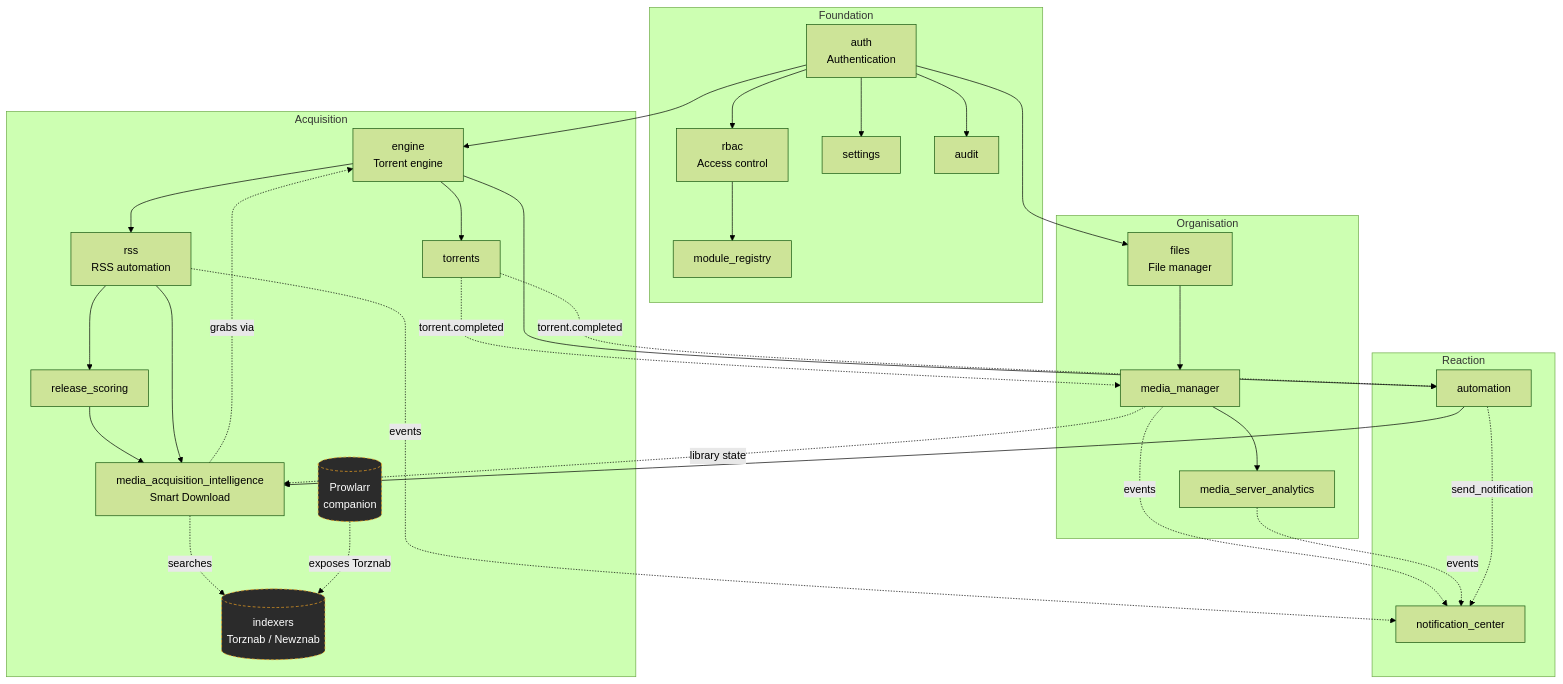
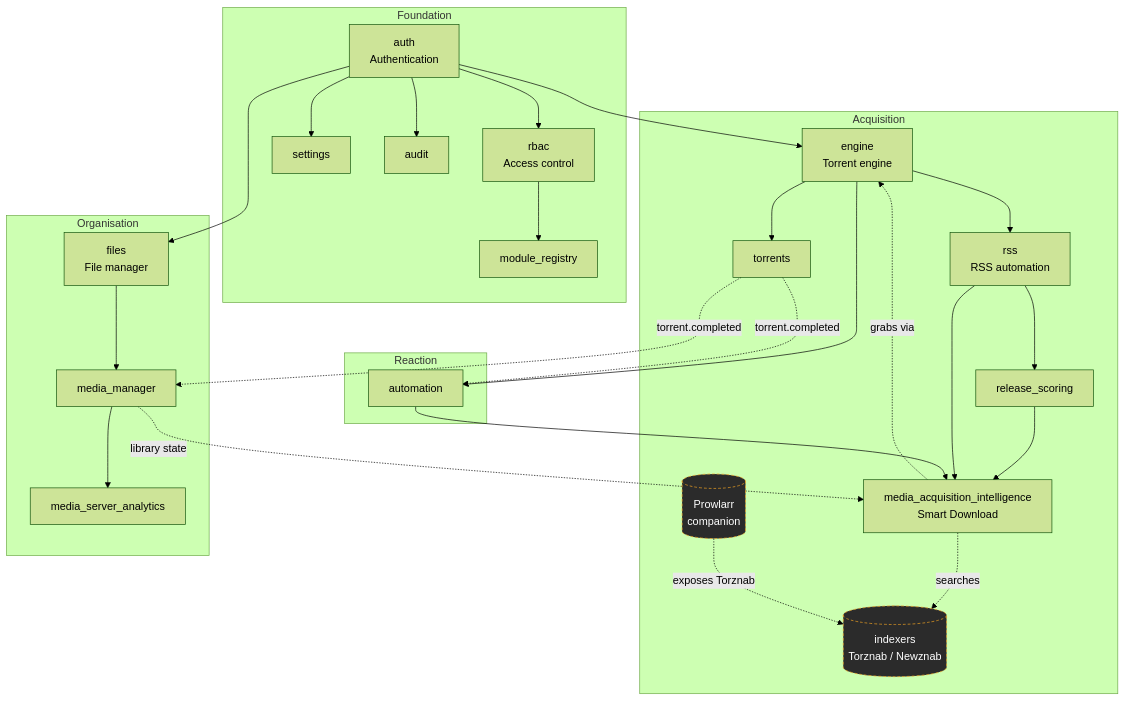
Before and after one commit to damirabal/ultratorrent-core: the diagram in website/docs/modules/index.md, drawn with Mermaid (forest theme). The commit also changed other lines of this file and 63 other files, not shown here.

````diff
--- a/website/docs/modules/index.md
+++ b/website/docs/modules/index.md
@@ -56,65 +56,59 @@
 ```mermaid
 flowchart TD
   subgraph Foundation
     AUTH[auth<br/>Authentication]
     RBAC[rbac<br/>Access control]
     SET[settings]
     AUD[audit]
     MR[module_registry]
   end
 
   subgraph Acquisition
     ENG[engine<br/>Torrent engine]
     TOR[torrents]
     RSS[rss<br/>RSS automation]
     RS[release_scoring]
     MAI[media_acquisition_intelligence<br/>Smart Download]
     IDX[(indexers<br/>Torznab / Newznab)]
     PRW[(Prowlarr<br/>companion)]
   end
 
   subgraph Organisation
     FILES[files<br/>File manager]
     MM[media_manager]
     MSA[media_server_analytics]
   end
 
   subgraph Reaction
     AUTO[automation]
-    NC[notification_center]
   end
 
   AUTH --> RBAC
   AUTH --> ENG
   AUTH --> FILES
   AUTH --> SET
   AUTH --> AUD
   RBAC --> MR
 
   ENG --> TOR
   ENG --> RSS
   ENG --> AUTO
 
   RSS --> RS
   RS --> MAI
   RSS --> MAI
   AUTO --> MAI
   MAI -.searches.-> IDX
   PRW -.exposes Torznab.-> IDX
 
   FILES --> MM
   MM --> MSA
   MM -.library state.-> MAI
 
   MAI -.grabs via.-> ENG
   TOR -.->|torrent.completed| MM
   TOR -.->|torrent.completed| AUTO
 
-  MM -.events.-> NC
-  MSA -.events.-> NC
-  RSS -.events.-> NC
-  AUTO -.send_notification.-> NC
-
   classDef ext fill:#2b2b2b,stroke:#f5a623,color:#fff,stroke-dasharray: 4 3
   class IDX,PRW ext
 ```
````
